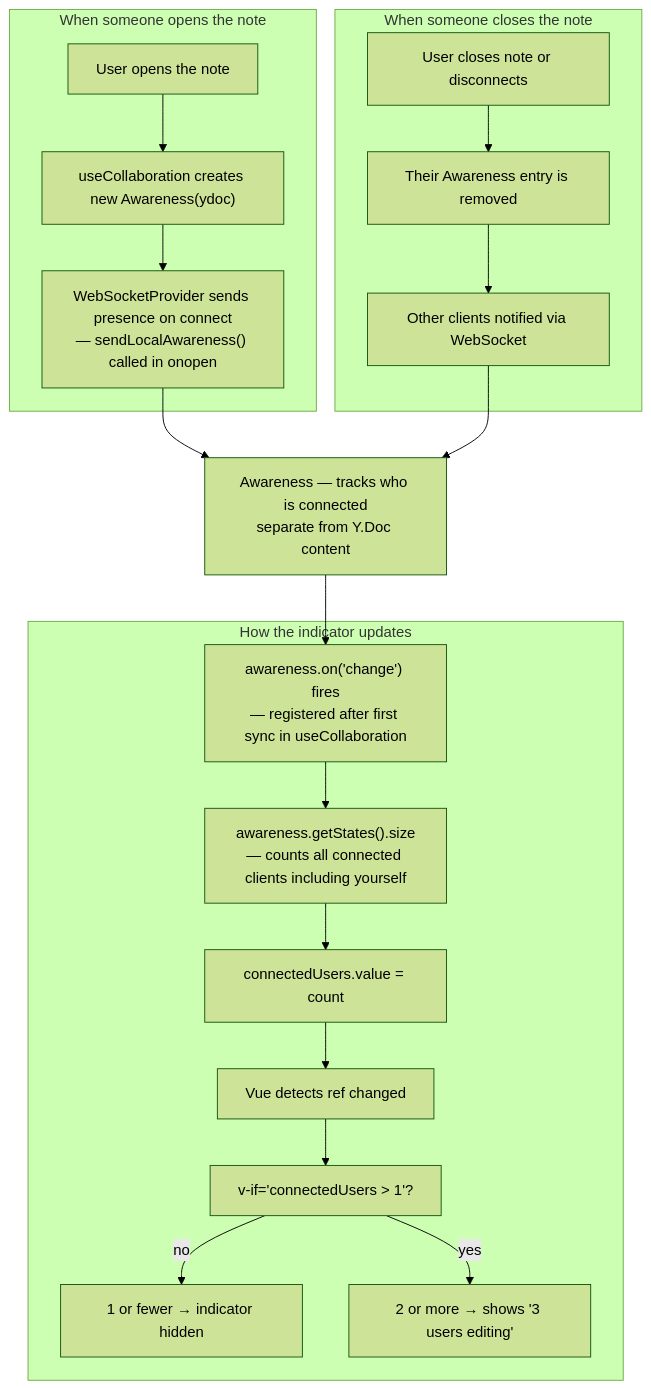
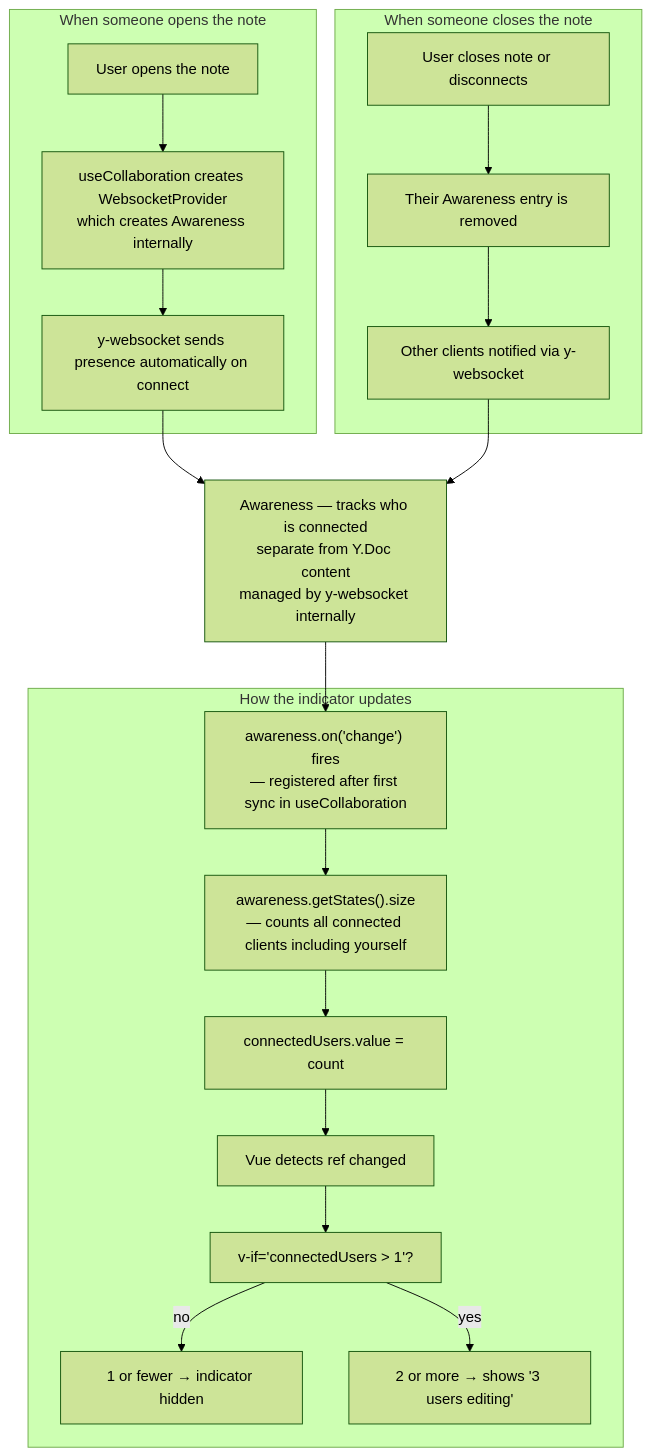
Before and after one commit to MySeaLeeOom/basic_structure: the fourth of 13 diagrams in srcs/requirements/frontend/docs/dev/tiptap-yjs-summary.md, drawn with Mermaid (forest theme). The commit also changed other lines of this file and 6 other files, not shown here.

First line of the commit message:
Update dev docs for y-websocket architecture and condense obsolete content

````diff
--- a/srcs/requirements/frontend/docs/dev/tiptap-yjs-summary.md
+++ b/srcs/requirements/frontend/docs/dev/tiptap-yjs-summary.md
@@ -205,33 +206,33 @@
 ```mermaid
 flowchart TD
     subgraph someone_opens["When someone opens the note"]
         open["User opens the note"]
-        create_awareness["useCollaboration creates new Awareness#40;ydoc#41;"]
-        announce["WebSocketProvider sends presence on connect<br/>— sendLocalAwareness#40;#41; called in onopen"]
+        create_provider["useCollaboration creates WebsocketProvider<br/>which creates Awareness internally"]
+        announce["y-websocket sends presence automatically on connect"]
     end
 
     subgraph someone_leaves["When someone closes the note"]
         close["User closes note or disconnects"]
         remove["Their Awareness entry is removed"]
-        notify["Other clients notified via WebSocket"]
+        notify["Other clients notified via y-websocket"]
     end
 
-    open --> create_awareness --> announce --> awareness
+    open --> create_provider --> announce --> awareness
     close --> remove --> notify --> awareness
 
-    awareness["Awareness — tracks who is connected<br/>separate from Y.Doc content"]
+    awareness["Awareness — tracks who is connected<br/>separate from Y.Doc content<br/>managed by y-websocket internally"]
 
     subgraph screen_updates["How the indicator updates"]
         change["awareness.on#40;'change'#41; fires<br/>— registered after first sync in useCollaboration"]
         count["awareness.getStates#40;#41;.size<br/>— counts all connected clients including yourself"]
         ref["connectedUsers.value = count"]
         vue["Vue detects ref changed"]
         show["v-if='connectedUsers > 1'?"]
         hidden["1 or fewer → indicator hidden"]
         visible["2 or more → shows '3 users editing'"]
     end
 
     awareness --> change --> count --> ref --> vue --> show
     show -- "no" --> hidden
     show -- "yes" --> visible
 ```
````
